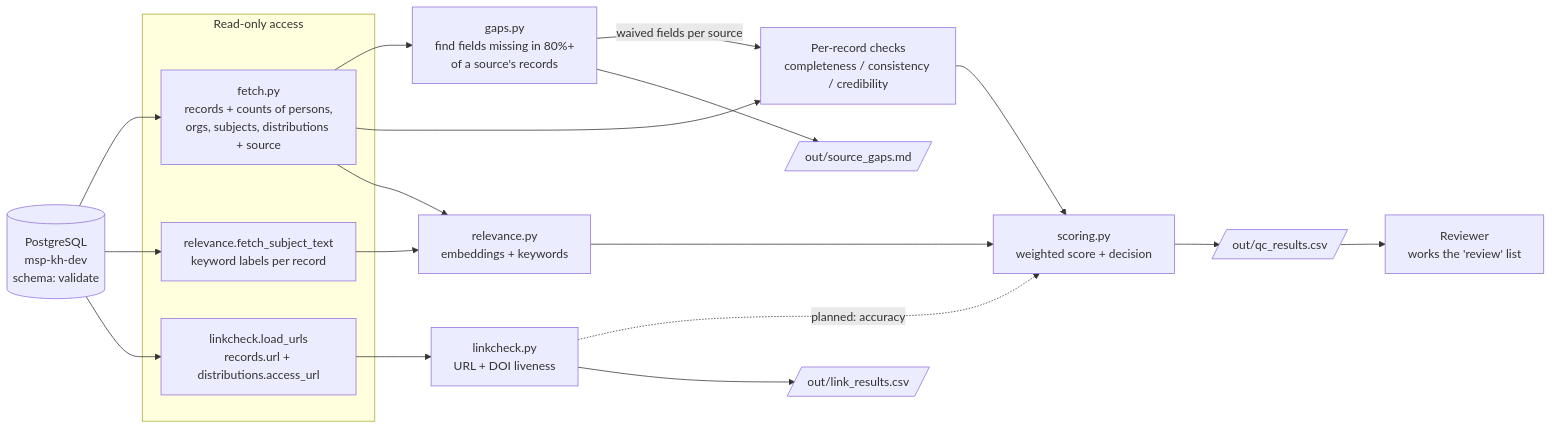
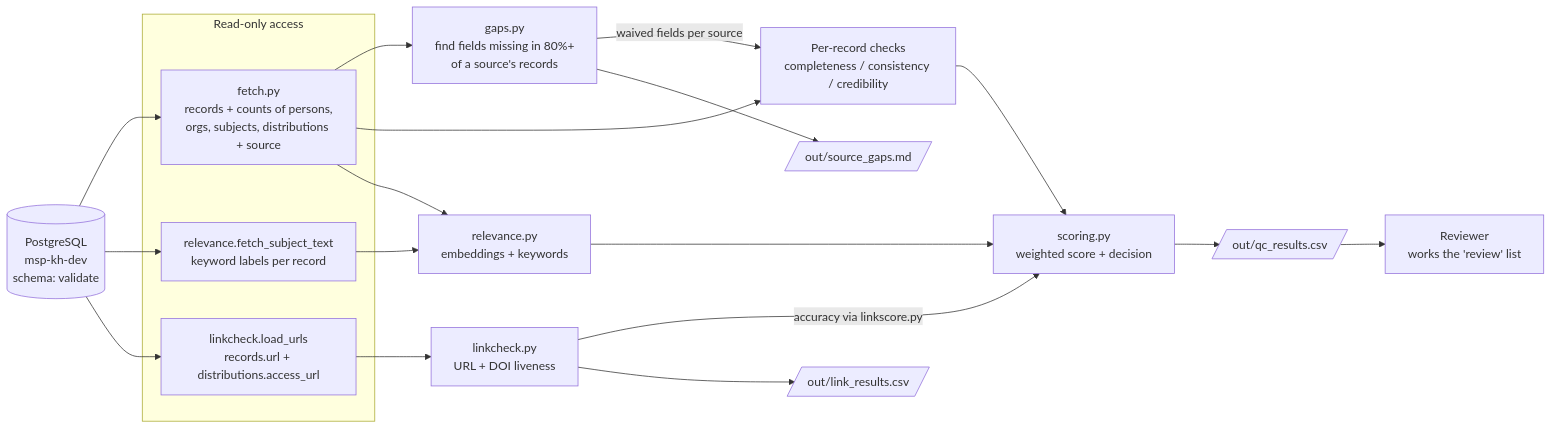
The first of 5 diagrams in README.md (ahmadkhanraj01/SoilWise_Data_Quality_Check), drawn with Mermaid before and after one commit. The commit also changed other lines of this file and 15 other files, not shown here.

````diff
--- a/README.md
+++ b/README.md
@@ -27,28 +28,28 @@
 ```mermaid
 flowchart LR
     DB[(PostgreSQL<br/>msp-kh-dev<br/>schema: validate)]
     subgraph READ["Read-only access"]
         F[fetch.py<br/>records + counts of persons,<br/>orgs, subjects, distributions + source]
         S[relevance.fetch_subject_text<br/>keyword labels per record]
         U[linkcheck.load_urls<br/>records.url + distributions.access_url]
     end
     DB --> F
     DB --> S
     DB --> U
 
     F --> G[gaps.py<br/>find fields missing in 80%+<br/>of a source's records]
     G -->|waived fields per source| C
     F --> C[Per-record checks<br/>completeness / consistency / credibility]
     F --> R[relevance.py<br/>embeddings + keywords]
     S --> R
     U --> L[linkcheck.py<br/>URL + DOI liveness]
 
     C --> SC[scoring.py<br/>weighted score + decision]
     R --> SC
-    L -. planned: accuracy .-> SC
+    L -->|accuracy via linkscore.py| SC
 
     SC --> CSV[/out/qc_results.csv/]
     G --> SG[/out/source_gaps.md/]
     L --> LR[/out/link_results.csv/]
     CSV --> REV[Reviewer<br/>works the 'review' list]
 ```
````
